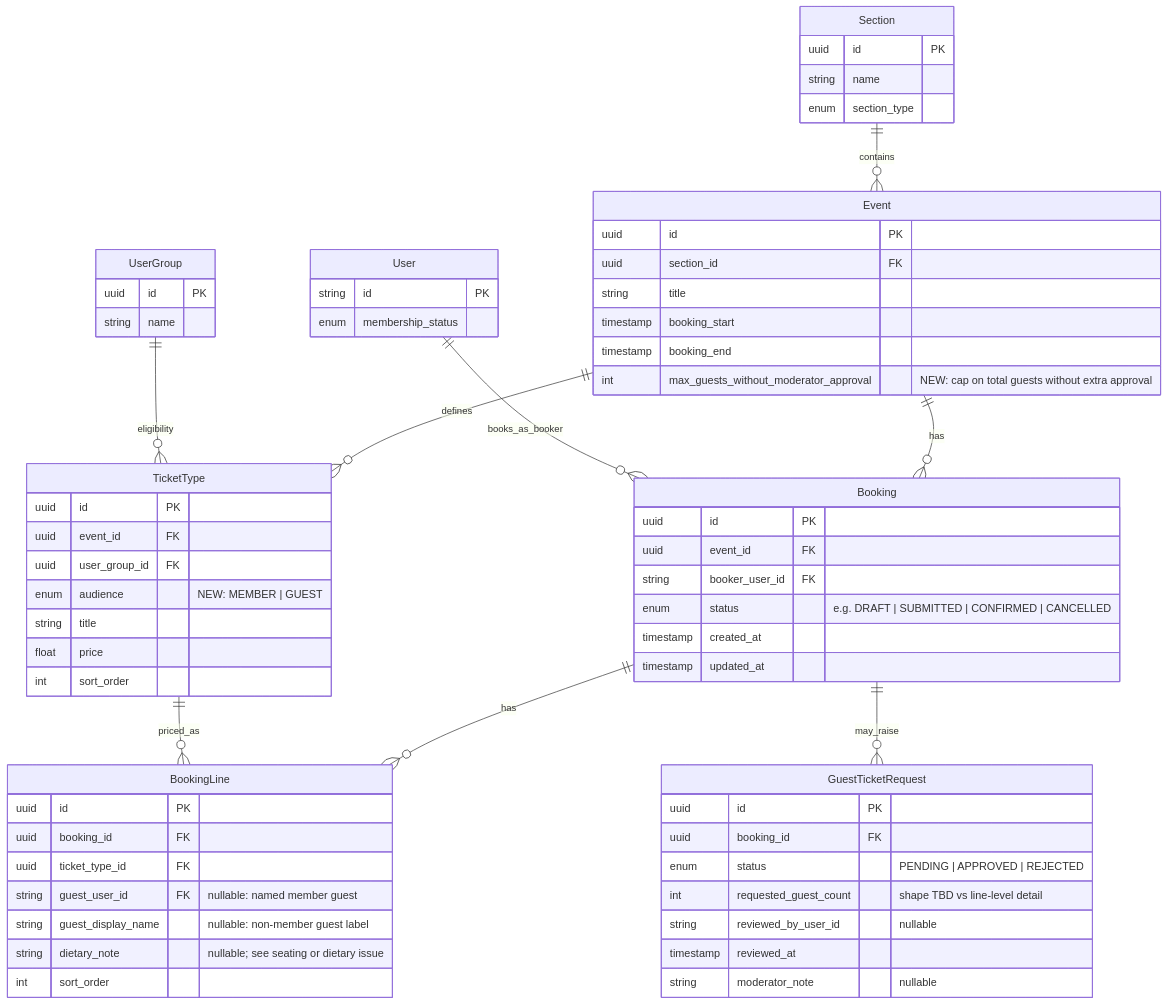
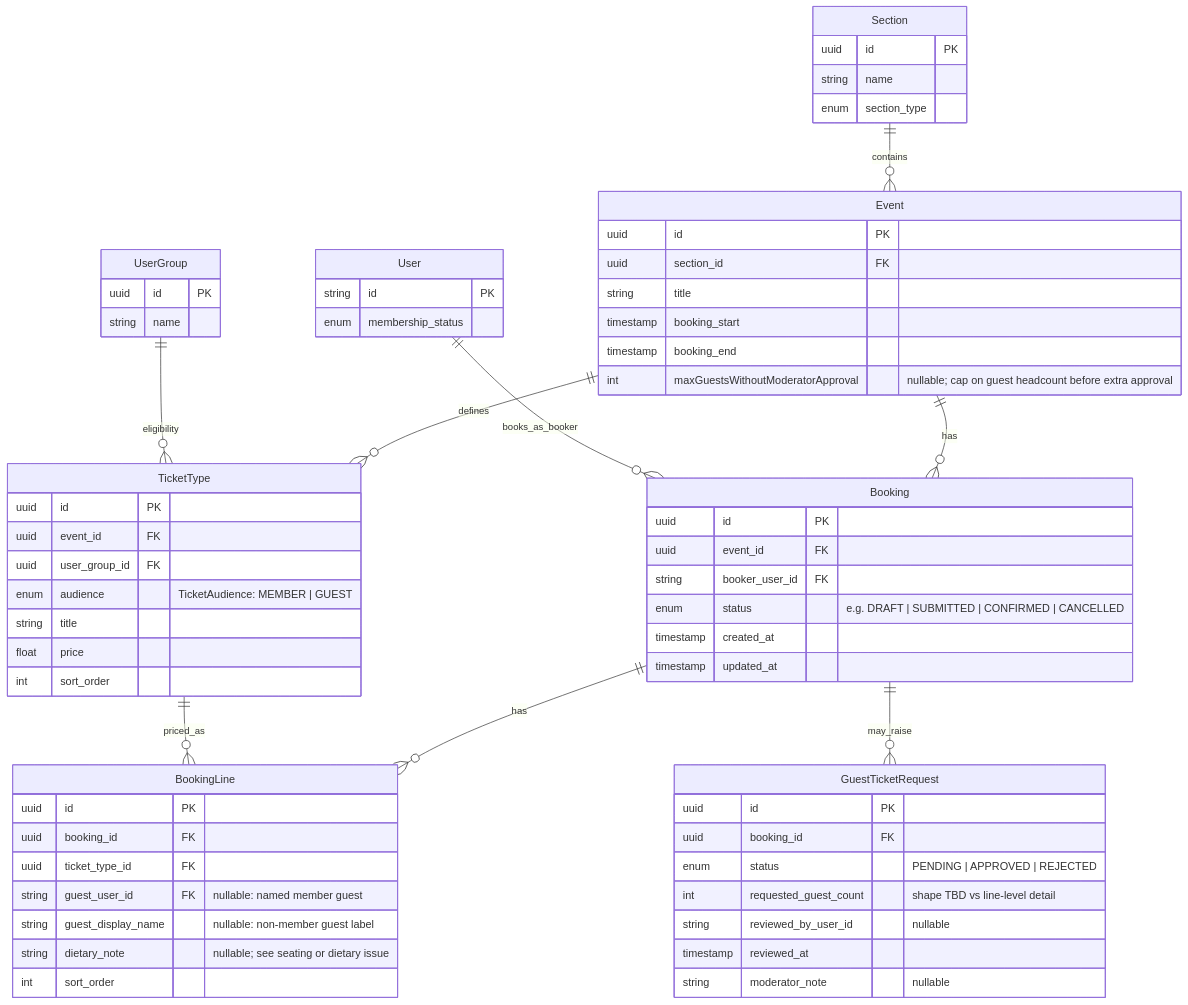
Before and after one commit to rafsodc/sodc-web: the diagram in docs/architecture/booking-data-model.md, drawn with Mermaid. The commit also changed other lines of this file and 19 other files, not shown here.

````diff
--- a/docs/architecture/booking-data-model.md
+++ b/docs/architecture/booking-data-model.md
@@ -13,75 +13,75 @@
 ```mermaid
 erDiagram
   Section ||--o{ Event : contains
   Event ||--o{ TicketType : defines
   Event ||--o{ Booking : has
   User ||--o{ Booking : books_as_booker
   Booking ||--o{ BookingLine : has
   TicketType ||--o{ BookingLine : priced_as
   UserGroup ||--o{ TicketType : eligibility
   Booking ||--o{ GuestTicketRequest : may_raise
 
   Section {
     uuid id PK
     string name
     enum section_type
   }
 
   Event {
     uuid id PK
     uuid section_id FK
     string title
     timestamp booking_start
     timestamp booking_end
-    int max_guests_without_moderator_approval "NEW: cap on total guests without extra approval"
+    int maxGuestsWithoutModeratorApproval "nullable; cap on guest headcount before extra approval"
   }
 
   TicketType {
     uuid id PK
     uuid event_id FK
     uuid user_group_id FK
-    enum audience "NEW: MEMBER | GUEST"
+    enum audience "TicketAudience: MEMBER | GUEST"
     string title
     float price
     int sort_order
   }
 
   User {
     string id PK
     enum membership_status
   }
 
   UserGroup {
     uuid id PK
     string name
   }
 
   Booking {
     uuid id PK
     uuid event_id FK
     string booker_user_id FK
     enum status "e.g. DRAFT | SUBMITTED | CONFIRMED | CANCELLED"
     timestamp created_at
     timestamp updated_at
   }
 
   BookingLine {
     uuid id PK
     uuid booking_id FK
     uuid ticket_type_id FK
     string guest_user_id FK "nullable: named member guest"
     string guest_display_name "nullable: non-member guest label"
     string dietary_note "nullable; see seating or dietary issue"
     int sort_order
   }
 
   GuestTicketRequest {
     uuid id PK
     uuid booking_id FK
     enum status "PENDING | APPROVED | REJECTED"
     int requested_guest_count "shape TBD vs line-level detail"
     string reviewed_by_user_id "nullable"
     timestamp reviewed_at
     string moderator_note "nullable"
   }
 ```
````
